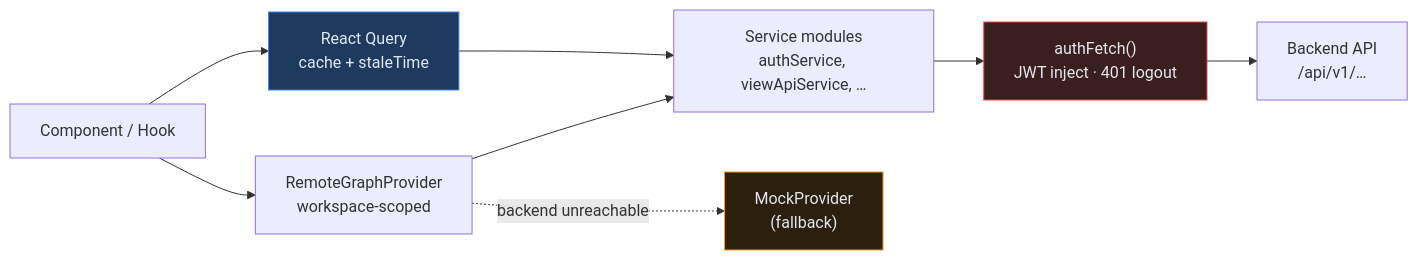
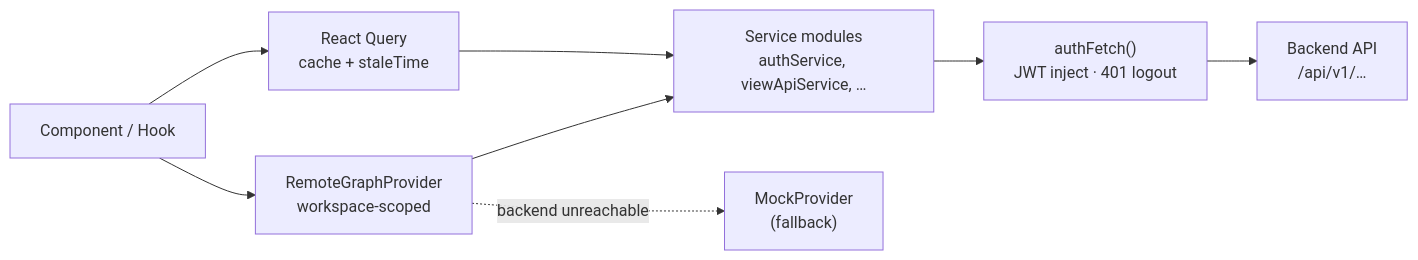
Before and after one commit to rkrumins/dataviz: the seventh of 11 diagrams in docs/FRONTEND.md, drawn with Mermaid. The commit also changed other lines of this file and 46 other files, not shown here.

````diff
--- a/docs/FRONTEND.md
+++ b/docs/FRONTEND.md
@@ -275,21 +262,18 @@
 ```mermaid
 graph LR
     Comp["Component / Hook"]
     RQ["React Query<br/>cache + staleTime"]
     RGP["RemoteGraphProvider<br/>workspace-scoped"]
     Svc["Service modules<br/>authService, viewApiService, …"]
     AF["authFetch()<br/>JWT inject · 401 logout"]
     BE["Backend API<br/>/api/v1/…"]
     Mock["MockProvider<br/>(fallback)"]
 
     Comp --> RQ
     Comp --> RGP
     RQ --> Svc
     RGP --> Svc
     RGP -.->|backend unreachable| Mock
     Svc --> AF --> BE
 
-    style RQ fill:#1e3a5f,stroke:#3b82f6,color:#e2e8f0
-    style AF fill:#3b1f1f,stroke:#ef4444,color:#e2e8f0
-    style Mock fill:#2d1f0e,stroke:#f59e0b,color:#e2e8f0
 ```
````
